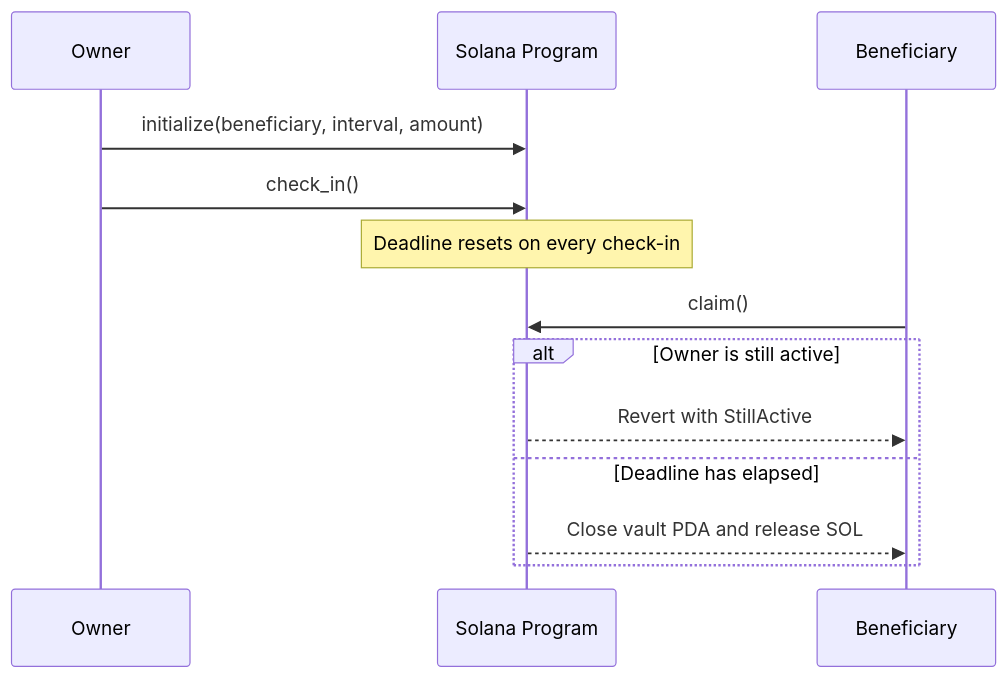
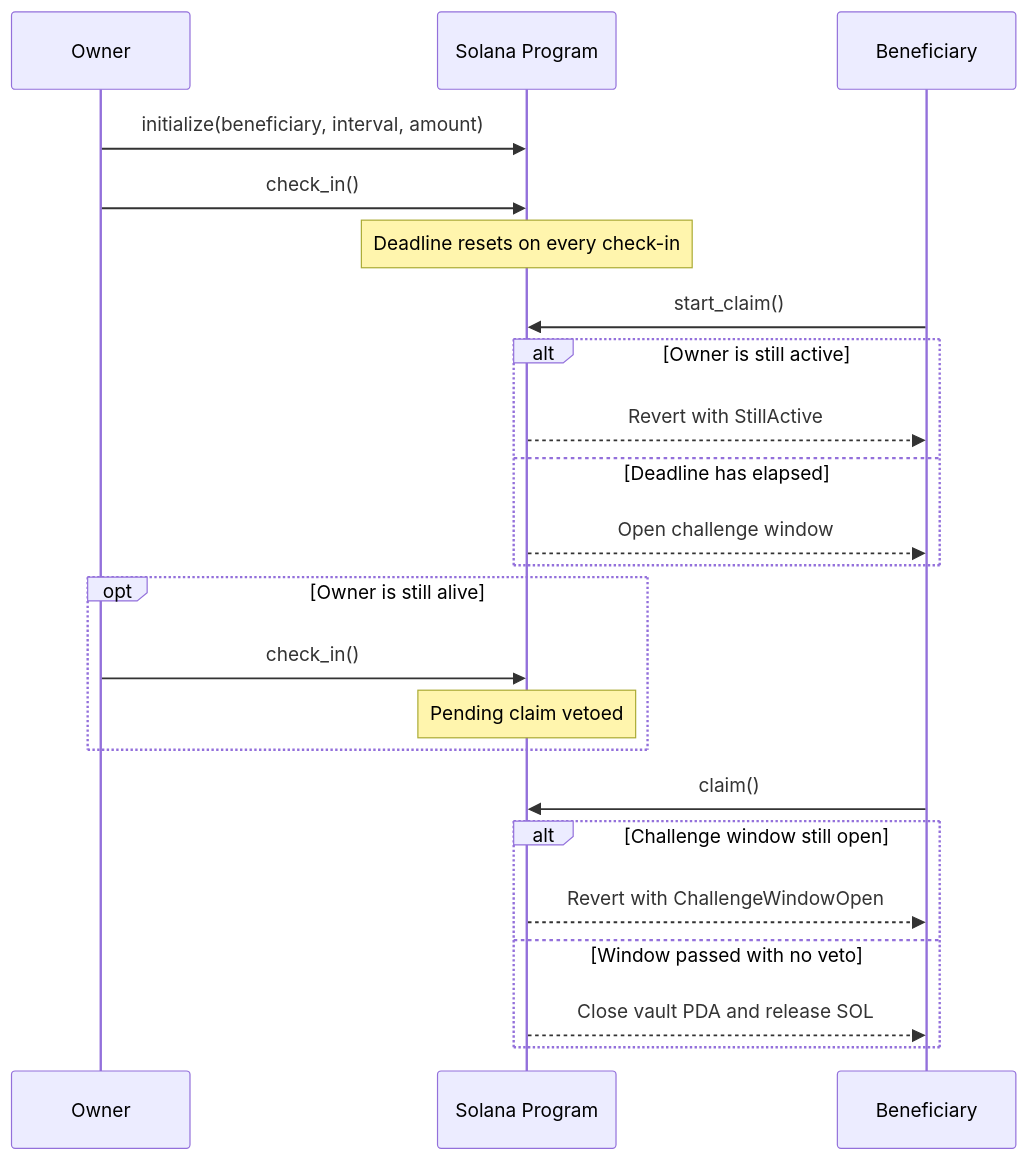
The diagram in README.md (ethanterrero/solana-deadman-switch), drawn with Mermaid before and after one commit. The commit also changed other lines of this file and 21 other files, not shown here.

````diff
--- a/README.md
+++ b/README.md
@@ -28,16 +30,26 @@
 ```mermaid
 sequenceDiagram
     participant O as Owner
     participant P as Solana Program
     participant B as Beneficiary
 
     O->>P: initialize(beneficiary, interval, amount)
     O->>P: check_in()
     Note over P: Deadline resets on every check-in
-    B->>P: claim()
+    B->>P: start_claim()
     alt Owner is still active
         P-->>B: Revert with StillActive
     else Deadline has elapsed
+        P-->>B: Open challenge window
+    end
+    opt Owner is still alive
+        O->>P: check_in()
+        Note over P: Pending claim vetoed
+    end
+    B->>P: claim()
+    alt Challenge window still open
+        P-->>B: Revert with ChallengeWindowOpen
+    else Window passed with no veto
         P-->>B: Close vault PDA and release SOL
     end
 ```
````
